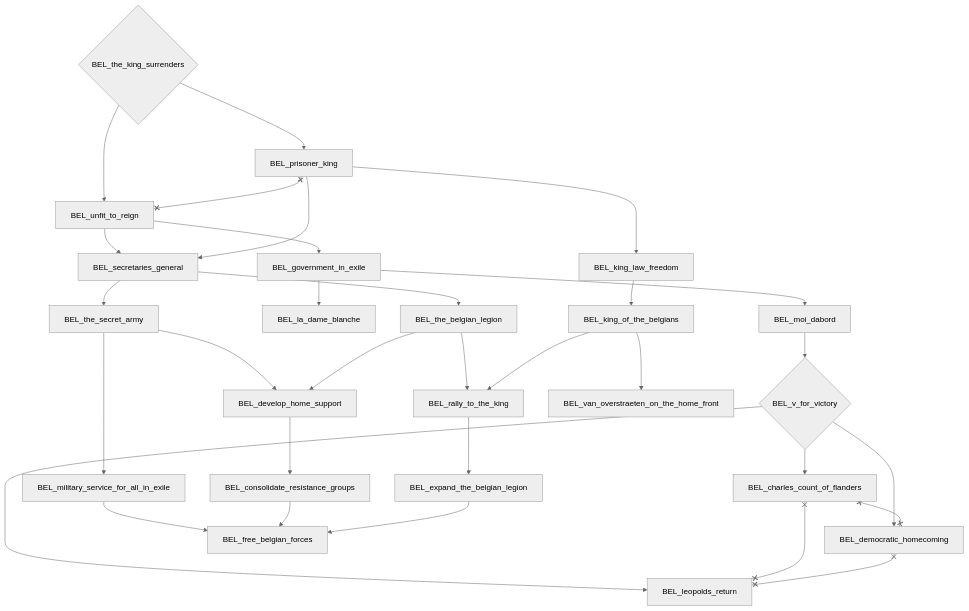
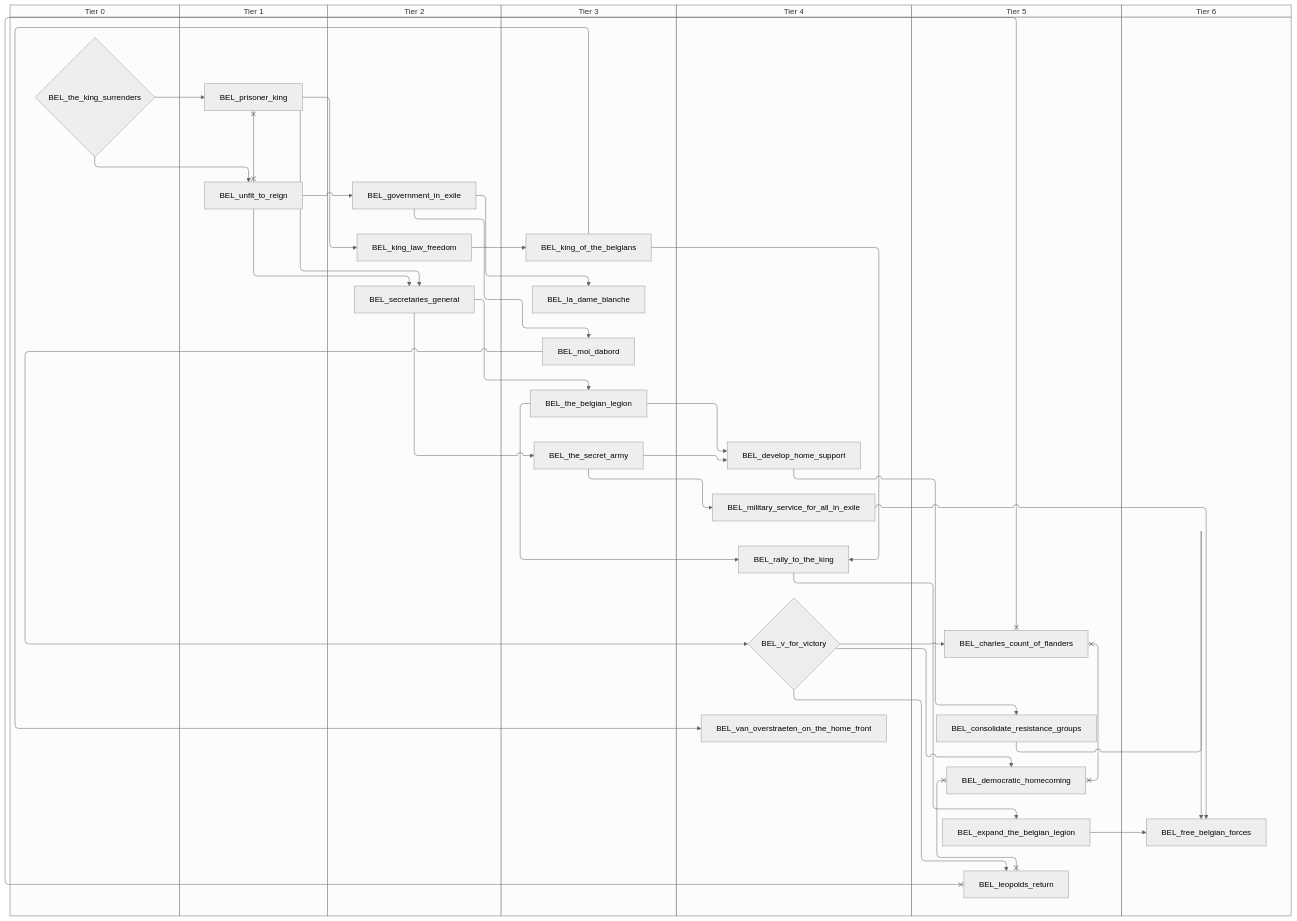
Before and after one commit to evgeny-sobol/hoi4-sandbox-mode-r56: the sixth of 6 diagrams in docs/gdd/National Focuses/r56/belgium.md, drawn with Mermaid (neutral theme). The commit also changed other lines of this file and 423 other files, not shown here.

First line of the commit message:
Re-export Rt56 focus trees as swimlane diagrams

````diff
--- a/docs/gdd/National Focuses/r56/belgium.md
+++ b/docs/gdd/National Focuses/r56/belgium.md
@@ -537,55 +623,69 @@
 ```mermaid
-flowchart TD
-    n156["BEL_charles_count_of_flanders"]
-    n157["BEL_consolidate_resistance_groups"]
-    n158["BEL_democratic_homecoming"]
-    n159["BEL_develop_home_support"]
-    n160["BEL_expand_the_belgian_legion"]
-    n161["BEL_free_belgian_forces"]
-    n162["BEL_government_in_exile"]
-    n163["BEL_king_law_freedom"]
-    n164["BEL_king_of_the_belgians"]
-    n165["BEL_la_dame_blanche"]
-    n166["BEL_leopolds_return"]
-    n167["BEL_military_service_for_all_in_exile"]
-    n168["BEL_moi_dabord"]
-    n169["BEL_prisoner_king"]
-    n170["BEL_rally_to_the_king"]
-    n171["BEL_secretaries_general"]
-    n172["BEL_the_belgian_legion"]
-    n173{"BEL_the_king_surrenders"}
-    n174["BEL_the_secret_army"]
-    n175["BEL_unfit_to_reign"]
-    n176{"BEL_v_for_victory"}
-    n177["BEL_van_overstraeten_on_the_home_front"]
-    n176 --> n156
-    n159 --> n157
-    n176 --> n158
-    n174 --> n159
-    n172 --> n159
-    n170 --> n160
-    n167 --> n161
+swimlane-beta TD
+    subgraph tier_0["Tier 0"]
+        n156{"BEL_the_king_surrenders"}
+    end
+    subgraph tier_1["Tier 1"]
+        n157["BEL_prisoner_king"]
+        n158["BEL_unfit_to_reign"]
+    end
+    subgraph tier_2["Tier 2"]
+        n159["BEL_government_in_exile"]
+        n160["BEL_king_law_freedom"]
+        n161["BEL_secretaries_general"]
+    end
+    subgraph tier_3["Tier 3"]
+        n162["BEL_king_of_the_belgians"]
+        n163["BEL_la_dame_blanche"]
+        n164["BEL_moi_dabord"]
+        n165["BEL_the_belgian_legion"]
+        n166["BEL_the_secret_army"]
+    end
+    subgraph tier_4["Tier 4"]
+        n167["BEL_develop_home_support"]
+        n168["BEL_military_service_for_all_in_exile"]
+        n169["BEL_rally_to_the_king"]
+        n170{"BEL_v_for_victory"}
+        n171["BEL_van_overstraeten_on_the_home_front"]
+    end
+    subgraph tier_5["Tier 5"]
+        n172["BEL_charles_count_of_flanders"]
+        n173["BEL_consolidate_resistance_groups"]
+        n174["BEL_democratic_homecoming"]
+        n175["BEL_expand_the_belgian_legion"]
+        n176["BEL_leopolds_return"]
+    end
+    subgraph tier_6["Tier 6"]
+        n177["BEL_free_belgian_forces"]
+    end
+    n170 --> n172
+    n167 --> n173
+    n170 --> n174
+    n166 --> n167
+    n165 --> n167
+    n169 --> n175
+    n168 --> n177
+    n173 --> n177
+    n175 --> n177
+    n158 --> n159
+    n157 --> n160
+    n160 --> n162
+    n159 --> n163
+    n170 --> n176
+    n166 --> n168
+    n159 --> n164
+    n156 --> n157
+    n165 --> n169
+    n162 --> n169
+    n158 --> n161
     n157 --> n161
-    n160 --> n161
-    n175 --> n162
-    n169 --> n163
-    n163 --> n164
-    n162 --> n165
-    n176 --> n166
-    n174 --> n167
-    n162 --> n168
-    n173 --> n169
-    n172 --> n170
+    n161 --> n165
+    n161 --> n166
+    n156 --> n158
     n164 --> n170
-    n175 --> n171
-    n169 --> n171
-    n171 --> n172
-    n171 --> n174
-    n173 --> n175
-    n168 --> n176
-    n164 --> n177
-    n156 x--x n158
-    n156 x--x n166
-    n158 x--x n166
-    n169 x--x n175
+    n162 --> n171
+    n172 x--x n174
+    n172 x--x n176
+    n174 x--x n176
+    n157 x--x n158
 ```
````
